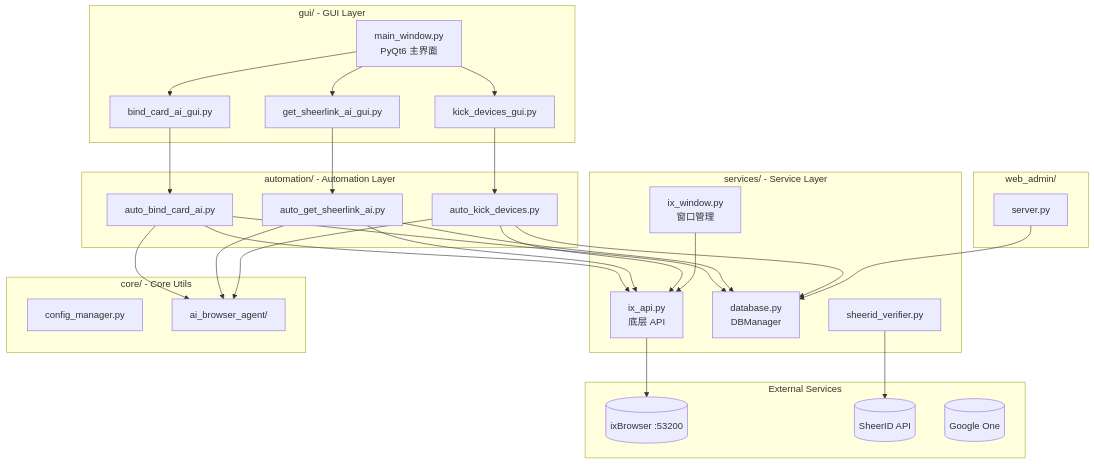
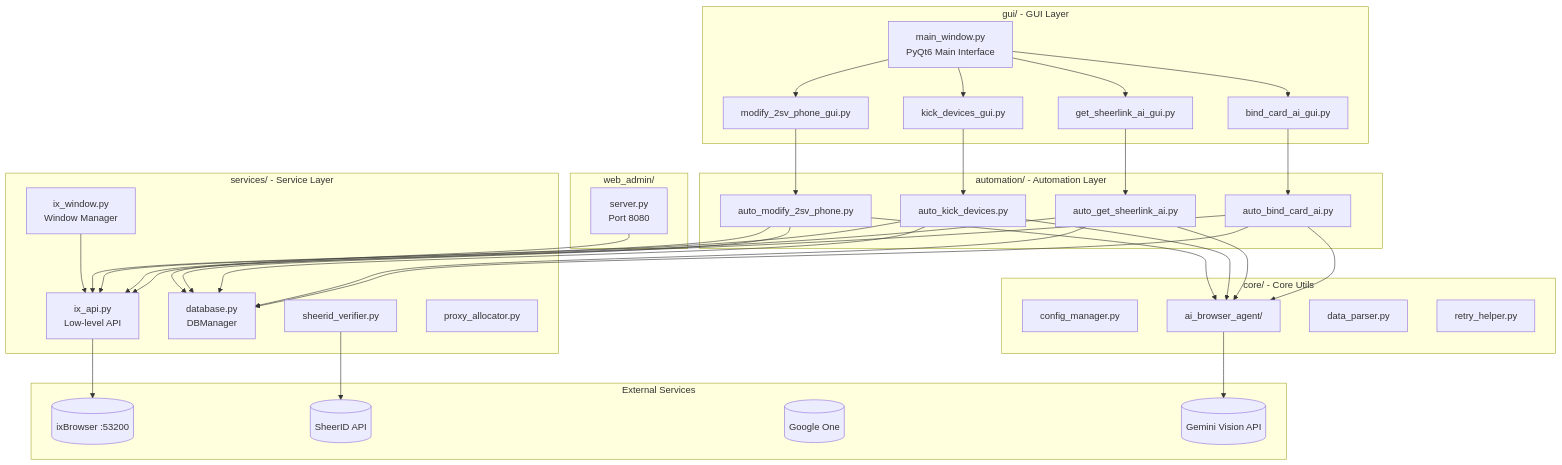
One commit to onerentop/auto_bitbrowser changed the second of 2 diagrams in CLAUDE.md. Above: the diagram before and after it, drawn with Mermaid. The commit also changed other lines of this file and 61 other files, not shown here.

````diff
--- a/CLAUDE.md
+++ b/CLAUDE.md
@@ -73,52 +128,61 @@
 ```mermaid
 graph TB
     subgraph GUI["gui/ - GUI Layer"]
-        MW[main_window.py<br/>PyQt6 主界面]
+        MW[main_window.py<br/>PyQt6 Main Interface]
         BG[bind_card_ai_gui.py]
         SG[get_sheerlink_ai_gui.py]
         KG[kick_devices_gui.py]
+        M2G[modify_2sv_phone_gui.py]
     end
 
     subgraph Auto["automation/ - Automation Layer"]
         ABA[auto_bind_card_ai.py]
         ASA[auto_get_sheerlink_ai.py]
         AKD[auto_kick_devices.py]
+        A2SV[auto_modify_2sv_phone.py]
     end
 
     subgraph Services["services/ - Service Layer"]
-        IXA[ix_api.py<br/>底层 API]
-        IXW[ix_window.py<br/>窗口管理]
+        IXA[ix_api.py<br/>Low-level API]
+        IXW[ix_window.py<br/>Window Manager]
         DB[database.py<br/>DBManager]
         SV[sheerid_verifier.py]
+        PA[proxy_allocator.py]
     end
 
     subgraph Core["core/ - Core Utils"]
         CM[config_manager.py]
         AIA[ai_browser_agent/]
+        DP[data_parser.py]
+        RH[retry_helper.py]
     end
 
     subgraph WebAdmin["web_admin/"]
-        WS[server.py]
+        WS[server.py<br/>Port 8080]
     end
 
     subgraph External["External Services"]
         IXB[(ixBrowser :53200)]
         SID[(SheerID API)]
         GOOG[(Google One)]
+        GEMINI[(Gemini Vision API)]
     end
 
-    MW --> BG & SG & KG
+    MW --> BG & SG & KG & M2G
     BG --> ABA
     SG --> ASA
     KG --> AKD
+    M2G --> A2SV
 
     ABA --> IXA & DB & AIA
     ASA --> IXA & DB & AIA
     AKD --> IXA & DB & AIA
+    A2SV --> IXA & DB & AIA
 
+    AIA --> GEMINI
     IXW --> IXA
     IXA --> IXB
     SV --> SID
 
     WS --> DB
 ```
````
